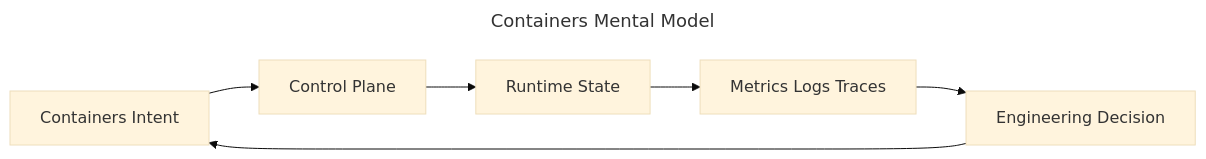
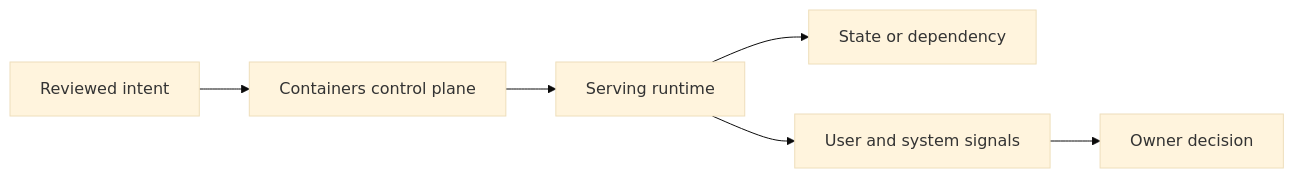
One commit to m1mohamad/devops-sre-prep changed the first of 2 diagrams in docs/chapters/containers.md. Above: the diagram before and after it, drawn with Mermaid (base theme). The commit also changed other lines of this file and 100 other files, not shown here.

````diff
--- a/docs/chapters/containers.md
+++ b/docs/chapters/containers.md
@@ -10,11 +15,8 @@
 ```mermaid
----
-title: Containers Mental Model
----
 flowchart LR
-  Intent[Containers Intent] --> Control[Control Plane]
-  Control --> Runtime[Runtime State]
-  Runtime --> Signals[Metrics Logs Traces]
-  Signals --> Decision[Engineering Decision]
-  Decision --> Intent
+  Intent[Reviewed intent] --> Control[Containers control plane]
+  Control --> Runtime[Serving runtime]
+  Runtime --> Dependency[State or dependency]
+  Runtime --> Signals[User and system signals]
+  Signals --> Owner[Owner decision]
 ```
````
